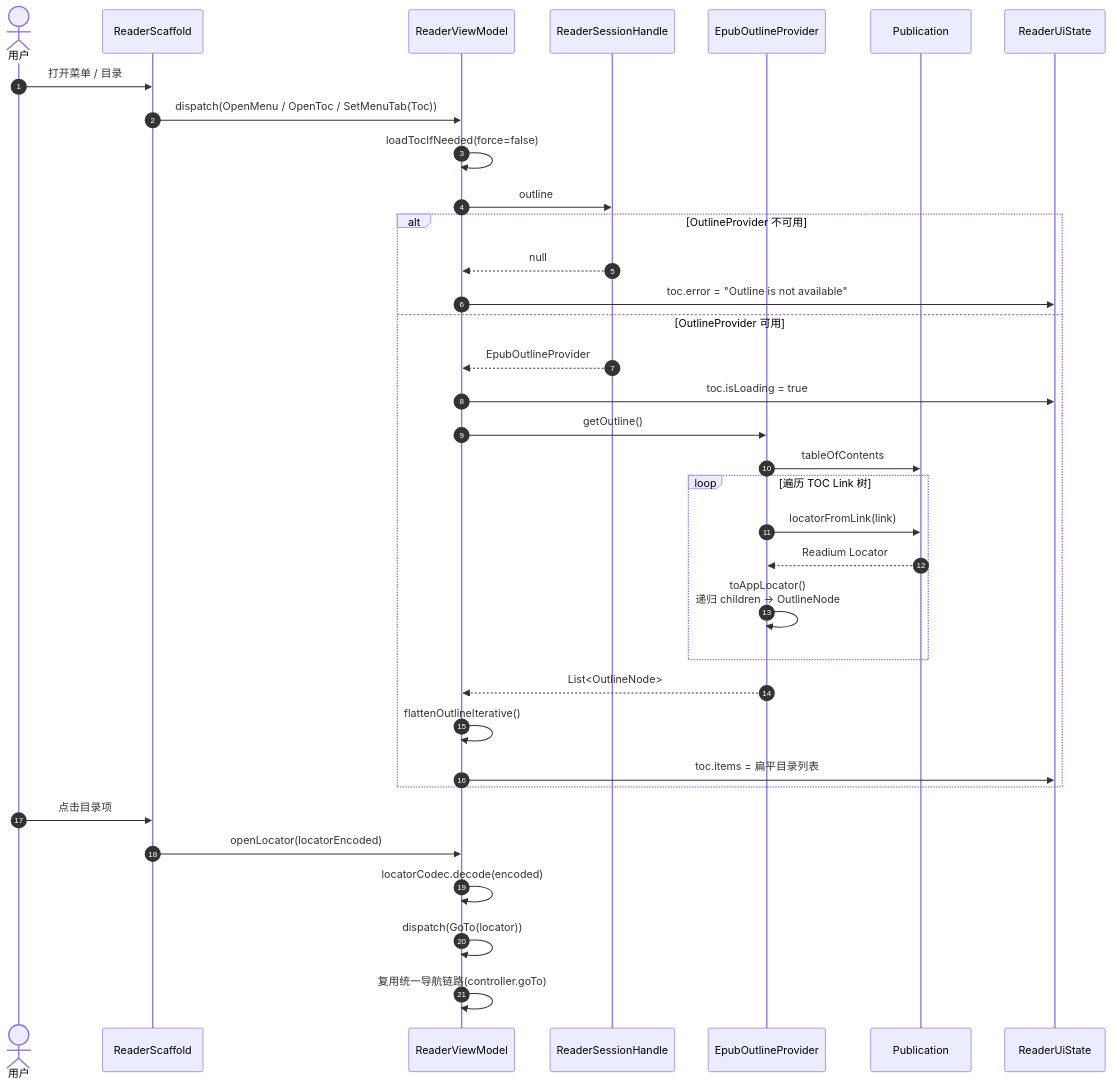
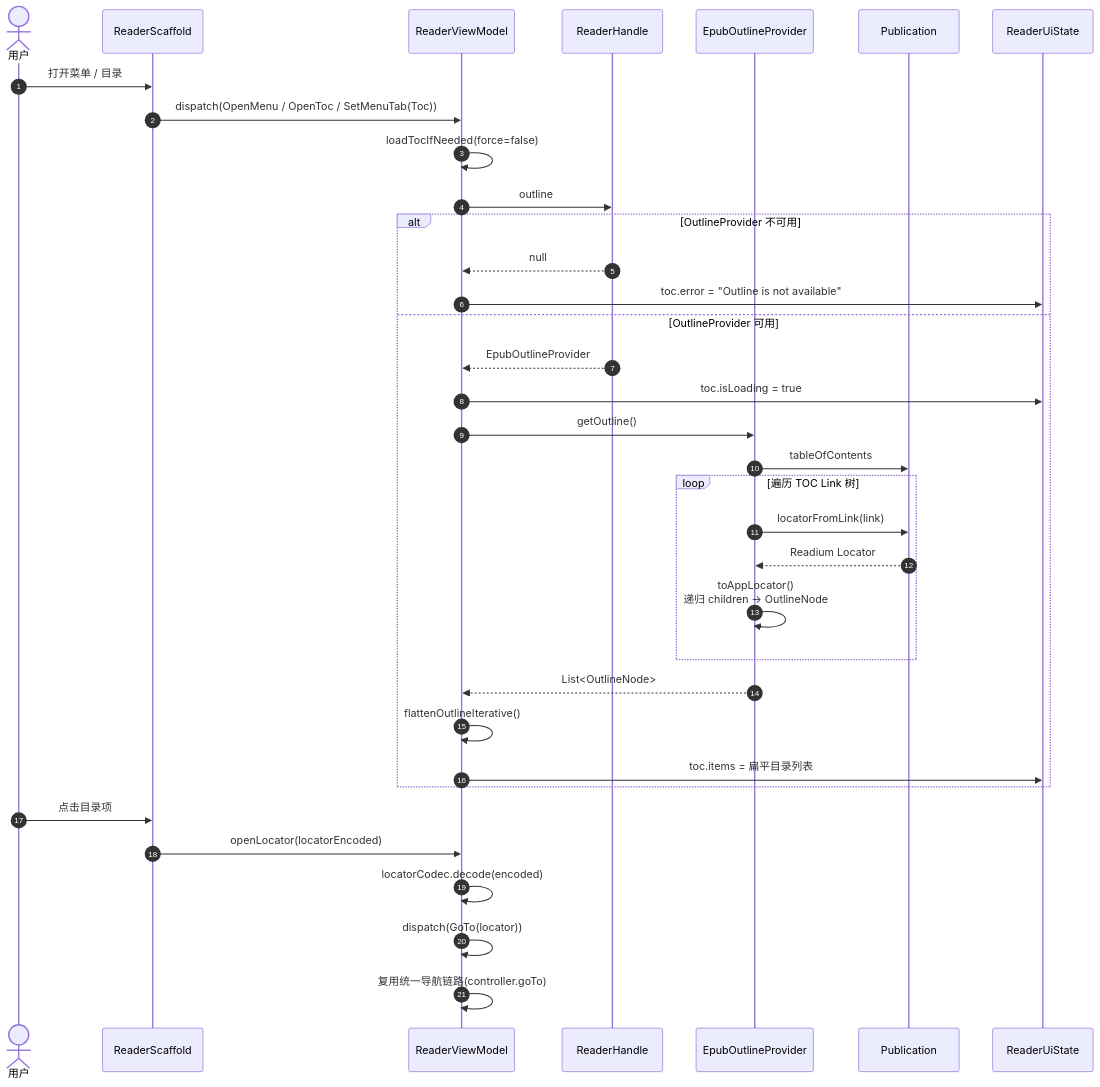
One commit to wuShan-n/iReader changed the fourth of 7 diagrams in docs/EPUB阅读时序图.md. Above: the diagram before and after it, drawn with Mermaid. The commit also changed other lines of this file and 102 other files, not shown here.

````diff
--- a/docs/EPUB阅读时序图.md
+++ b/docs/EPUB阅读时序图.md
@@ -321,39 +321,39 @@
 ```mermaid
 sequenceDiagram
     autonumber
     actor User as 用户
     participant UI as ReaderScaffold
     participant VM as ReaderViewModel
-    participant Handle as ReaderSessionHandle
+    participant Handle as ReaderHandle
     participant Outline as EpubOutlineProvider
     participant Pub as Publication
     participant State as ReaderUiState
 
     User->>UI: 打开菜单 / 目录
     UI->>VM: dispatch(OpenMenu / OpenToc / SetMenuTab(Toc))
     VM->>VM: loadTocIfNeeded(force=false)
     VM->>Handle: outline
     alt OutlineProvider 不可用
         Handle-->>VM: null
         VM->>State: toc.error = "Outline is not available"
     else OutlineProvider 可用
         Handle-->>VM: EpubOutlineProvider
         VM->>State: toc.isLoading = true
         VM->>Outline: getOutline()
         Outline->>Pub: tableOfContents
         loop 遍历 TOC Link 树
             Outline->>Pub: locatorFromLink(link)
             Pub-->>Outline: Readium Locator
             Outline->>Outline: toAppLocator()<br/>递归 children -> OutlineNode
         end
         Outline-->>VM: List<OutlineNode>
         VM->>VM: flattenOutlineIterative()
         VM->>State: toc.items = 扁平目录列表
     end
 
     User->>UI: 点击目录项
     UI->>VM: openLocator(locatorEncoded)
     VM->>VM: locatorCodec.decode(encoded)
     VM->>VM: dispatch(GoTo(locator))
     VM->>VM: 复用统一导航链路(controller.goTo)
 ```
````
